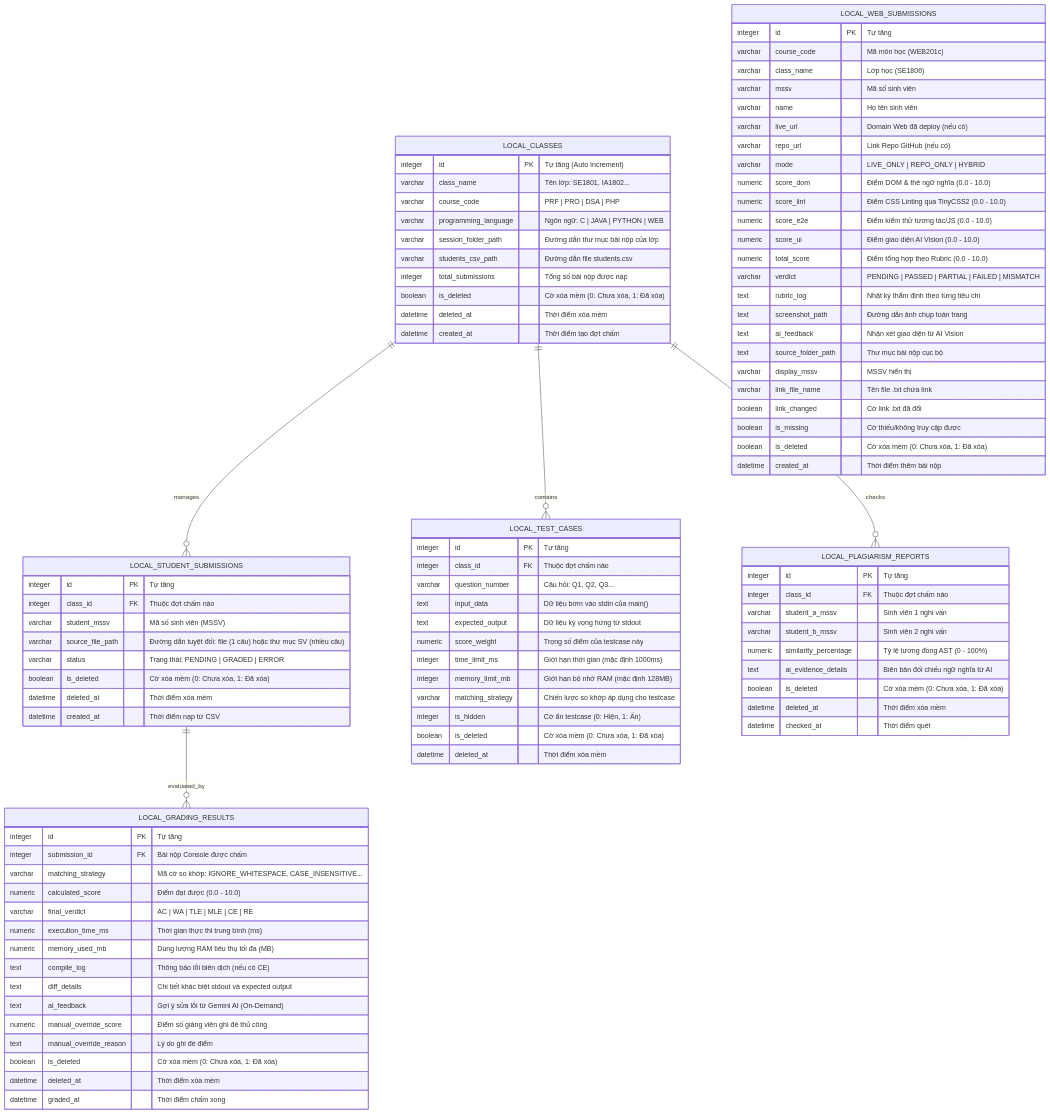
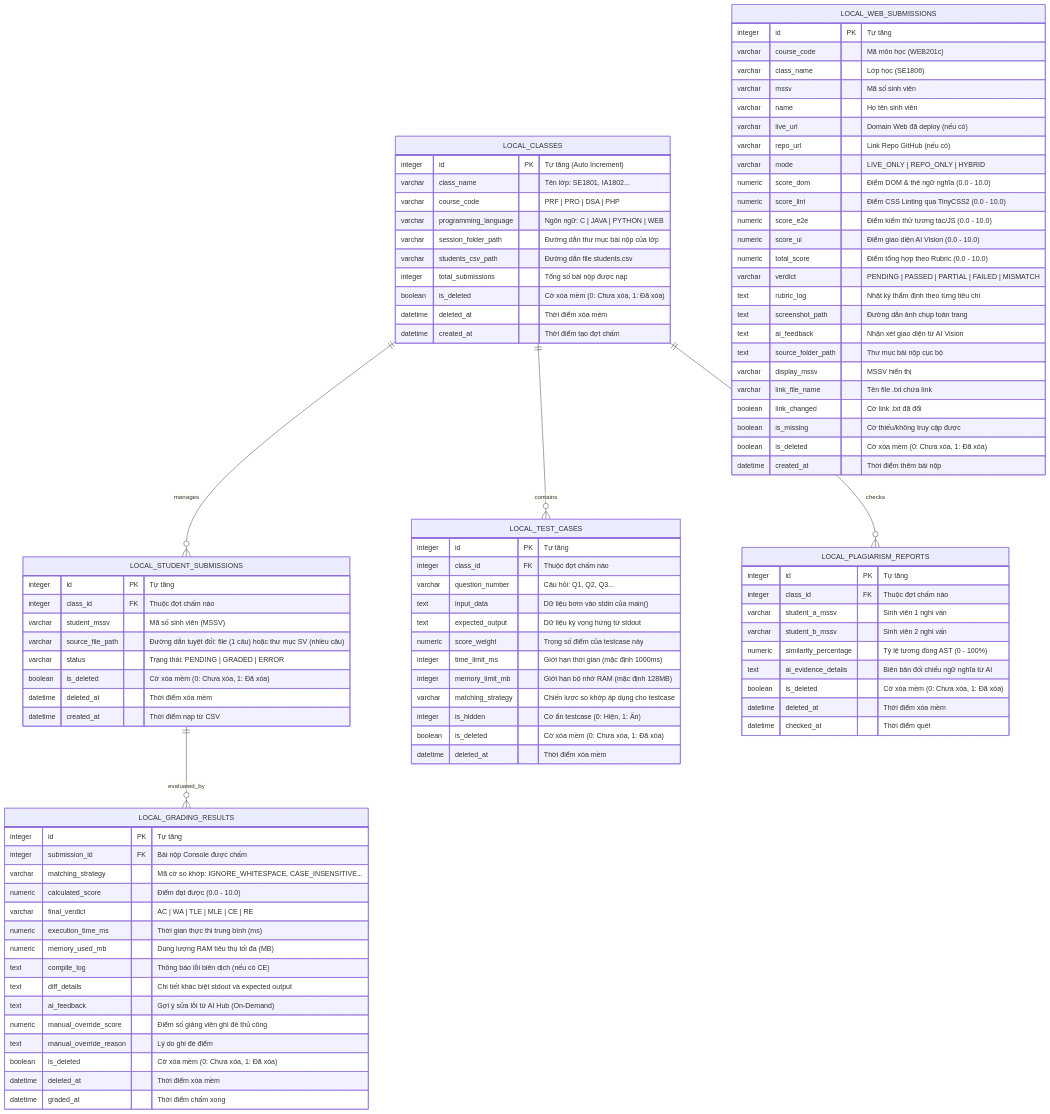
The second of 2 diagrams in docs/architecture/database_schema.md (gray8493/iata_project), drawn with Mermaid before and after one commit. The commit also changed other lines of this file and 30 other files, not shown here.

First line of the commit message:
refactor(ai): replace Gemini branding with neutral AI Hub/AI Vision

```diff
--- a/docs/architecture/database_schema.md
+++ b/docs/architecture/database_schema.md
@@ -129,7 +129,7 @@
         numeric memory_used_mb "Dung lượng RAM tiêu thụ tối đa (MB)"
         text compile_log "Thông báo lỗi biên dịch (nếu có CE)"
         text diff_details "Chi tiết khác biệt stdout và expected output"
-        text ai_feedback "Gợi ý sửa lỗi từ Gemini AI (On-Demand)"
+        text ai_feedback "Gợi ý sửa lỗi từ AI Hub (On-Demand)"
         numeric manual_override_score "Điểm số giảng viên ghi đè thủ công"
         text manual_override_reason "Lý do ghi đè điểm"
         boolean is_deleted "Cờ xóa mềm (0: Chưa xóa, 1: Đã xóa)"
```
